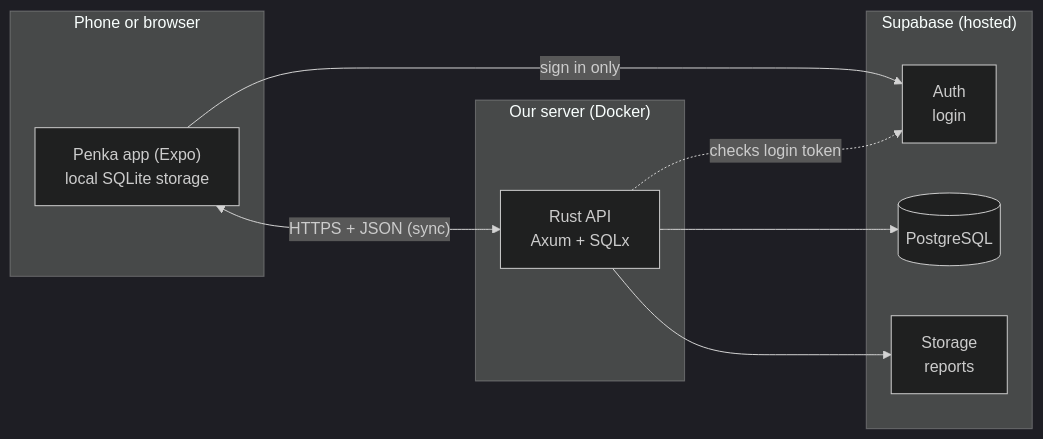
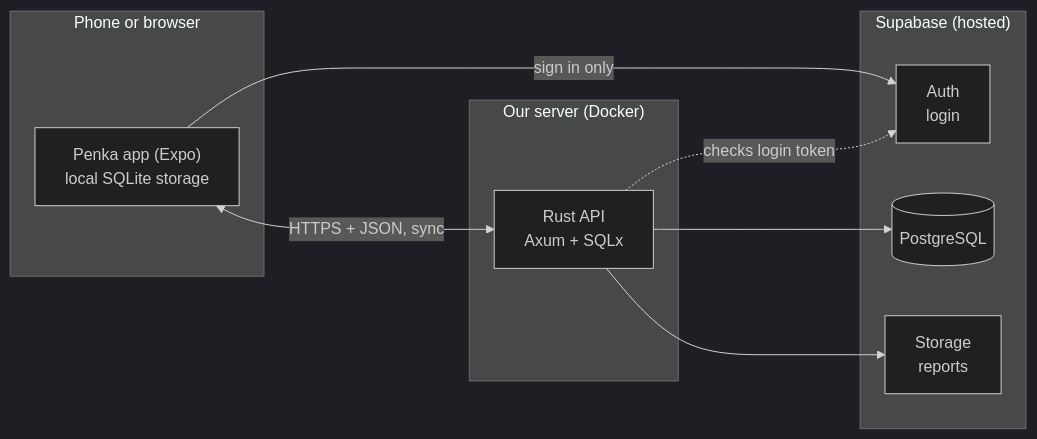
The diagram in docs/architecture/overview.md (lele-maxwell/penka), drawn with Mermaid (dark theme) before and after one commit.

Commit message:
docs: simplify diagram arrow labels

````diff
--- a/docs/architecture/overview.md
+++ b/docs/architecture/overview.md
@@ -3,19 +3,19 @@
 ```mermaid
 flowchart LR
     subgraph User["Phone or browser"]
         App["Penka app (Expo)<br/>local SQLite storage"]
     end
     subgraph Server["Our server (Docker)"]
         API["Rust API<br/>Axum + SQLx"]
     end
     subgraph Supa["Supabase (hosted)"]
         Auth["Auth<br/>login"]
         DB[("PostgreSQL")]
         Files["Storage<br/>reports"]
     end
-    App -- "sign in only" --> Auth
-    App <-- "HTTPS + JSON (sync)" --> API
+    App -->|sign in only| Auth
+    App <-->|HTTPS + JSON, sync| API
     API --> DB
     API --> Files
-    API -. "checks login token" .-> Auth
+    API -.->|checks login token| Auth
 ```
````
